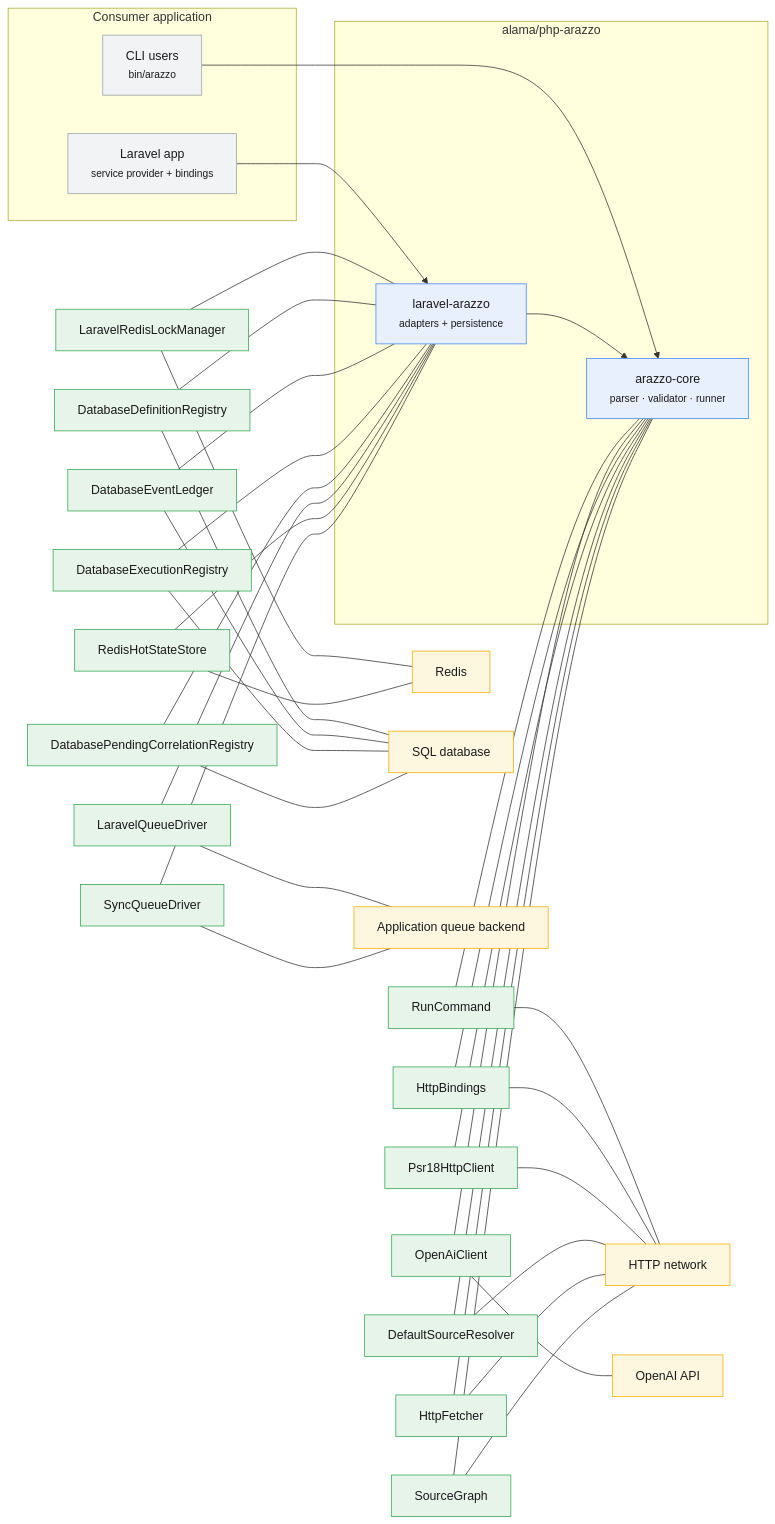
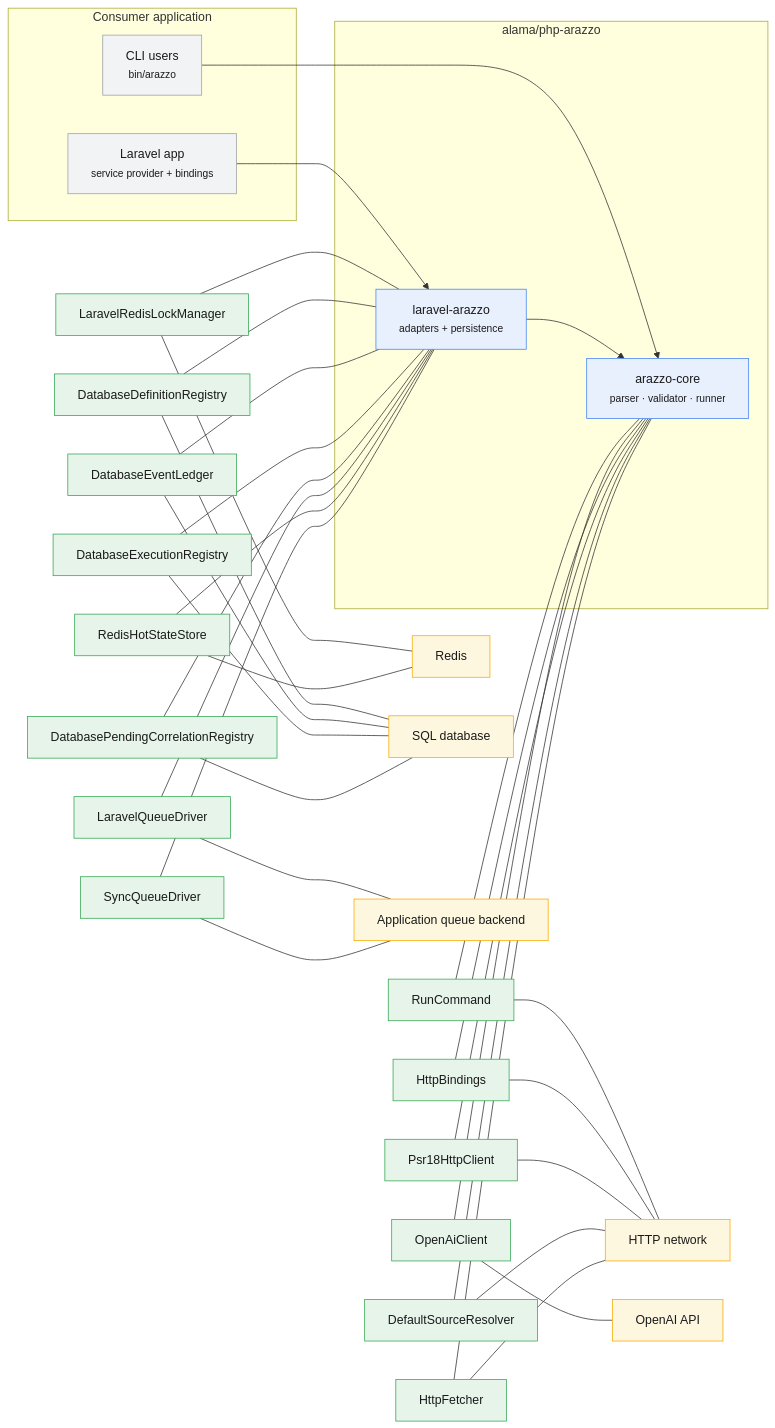
The diagram in docs/generated/integration-context.md (Mohammed-Alama/php-arazzo), drawn with Mermaid before and after one commit. The commit also changed 14 other files, not shown here.

````diff
--- a/docs/generated/integration-context.md
+++ b/docs/generated/integration-context.md
@@ -12,68 +12,65 @@
 ```mermaid
 flowchart LR
     subgraph Host["Consumer application"]
         LARAVEL["Laravel app<br/><small>service provider + bindings</small>"]:::host
         CLI["CLI users<br/><small>bin/arazzo</small>"]:::host
     end
     subgraph Package["alama/php-arazzo"]
         CORE["arazzo-core<br/><small>parser · validator · runner</small>"]:::package
         BRIDGE["laravel-arazzo<br/><small>adapters + persistence</small>"]:::package
         CLI --> CORE
         LARAVEL --> BRIDGE
         BRIDGE --> CORE
     end
         A_Alama_Arazzo_Laravel_Lock_LaravelRedisLockManager["LaravelRedisLockManager"]:::adapter
         A_Alama_Arazzo_Laravel_Lock_LaravelRedisLockManager --- BRIDGE
         A_Alama_Arazzo_Laravel_Lock_LaravelRedisLockManager --- redis
         A_Alama_Arazzo_Laravel_Persistence_DatabaseDefinitionRegistry["DatabaseDefinitionRegistry"]:::adapter
         A_Alama_Arazzo_Laravel_Persistence_DatabaseDefinitionRegistry --- BRIDGE
         A_Alama_Arazzo_Laravel_Persistence_DatabaseDefinitionRegistry --- sql
         A_Alama_Arazzo_Laravel_Persistence_DatabaseEventLedger["DatabaseEventLedger"]:::adapter
         A_Alama_Arazzo_Laravel_Persistence_DatabaseEventLedger --- BRIDGE
         A_Alama_Arazzo_Laravel_Persistence_DatabaseEventLedger --- sql
         A_Alama_Arazzo_Laravel_Persistence_DatabaseExecutionRegistry["DatabaseExecutionRegistry"]:::adapter
         A_Alama_Arazzo_Laravel_Persistence_DatabaseExecutionRegistry --- BRIDGE
         A_Alama_Arazzo_Laravel_Persistence_DatabaseExecutionRegistry --- sql
         A_Alama_Arazzo_Laravel_Persistence_DatabasePendingCorrelationRegistry["DatabasePendingCorrelationRegistry"]:::adapter
         A_Alama_Arazzo_Laravel_Persistence_DatabasePendingCorrelationRegistry --- BRIDGE
         A_Alama_Arazzo_Laravel_Persistence_DatabasePendingCorrelationRegistry --- sql
         A_Alama_Arazzo_Laravel_Queue_LaravelQueueDriver["LaravelQueueDriver"]:::adapter
         A_Alama_Arazzo_Laravel_Queue_LaravelQueueDriver --- BRIDGE
         A_Alama_Arazzo_Laravel_Queue_LaravelQueueDriver --- queue
         A_Alama_Arazzo_Laravel_State_RedisHotStateStore["RedisHotStateStore"]:::adapter
         A_Alama_Arazzo_Laravel_State_RedisHotStateStore --- BRIDGE
         A_Alama_Arazzo_Laravel_State_RedisHotStateStore --- redis
         A_Alama_Arazzo_Runner_Execution_SyncQueueDriver["SyncQueueDriver"]:::adapter
         A_Alama_Arazzo_Runner_Execution_SyncQueueDriver --- BRIDGE
         A_Alama_Arazzo_Runner_Execution_SyncQueueDriver --- queue
         A_Alama_Arazzo_Cli_Console_Command_RunCommand["RunCommand"]:::adapter
         A_Alama_Arazzo_Cli_Console_Command_RunCommand --- CORE
         A_Alama_Arazzo_Cli_Console_Command_RunCommand --- net
         A_Alama_Arazzo_Cli_Generator_Clients_OpenAiClient["OpenAiClient"]:::adapter
         A_Alama_Arazzo_Cli_Generator_Clients_OpenAiClient --- CORE
         A_Alama_Arazzo_Cli_Generator_Clients_OpenAiClient --- openai
         A_Alama_Arazzo_Laravel_Bindings_HttpBindings["HttpBindings"]:::adapter
         A_Alama_Arazzo_Laravel_Bindings_HttpBindings --- CORE
         A_Alama_Arazzo_Laravel_Bindings_HttpBindings --- net
         A_Alama_Arazzo_Laravel_Http_Psr18HttpClient["Psr18HttpClient"]:::adapter
         A_Alama_Arazzo_Laravel_Http_Psr18HttpClient --- CORE
         A_Alama_Arazzo_Laravel_Http_Psr18HttpClient --- net
         A_Alama_Arazzo_Sources_Resolver_DefaultSourceResolver["DefaultSourceResolver"]:::adapter
         A_Alama_Arazzo_Sources_Resolver_DefaultSourceResolver --- CORE
         A_Alama_Arazzo_Sources_Resolver_DefaultSourceResolver --- net
         A_Alama_Arazzo_Sources_Resolver_Fetchers_HttpFetcher["HttpFetcher"]:::adapter
         A_Alama_Arazzo_Sources_Resolver_Fetchers_HttpFetcher --- CORE
         A_Alama_Arazzo_Sources_Resolver_Fetchers_HttpFetcher --- net
-        A_Alama_Arazzo_Sources_SourceGraph["SourceGraph"]:::adapter
-        A_Alama_Arazzo_Sources_SourceGraph --- CORE
-        A_Alama_Arazzo_Sources_SourceGraph --- net
     net["HTTP network"]:::system
     openai["OpenAI API"]:::system
     queue["Application queue backend"]:::system
     redis["Redis"]:::system
     sql["SQL database"]:::system
     classDef host fill:#f1f3f4,stroke:#9aa0a6,color:#1a1a1a;
     classDef package fill:#e8f0fe,stroke:#4285f4,color:#1a1a1a;
     classDef adapter fill:#e6f4ea,stroke:#34a853,color:#1a1a1a;
     classDef system fill:#fef7e0,stroke:#f9ab00,color:#1a1a1a;
 ```
````
